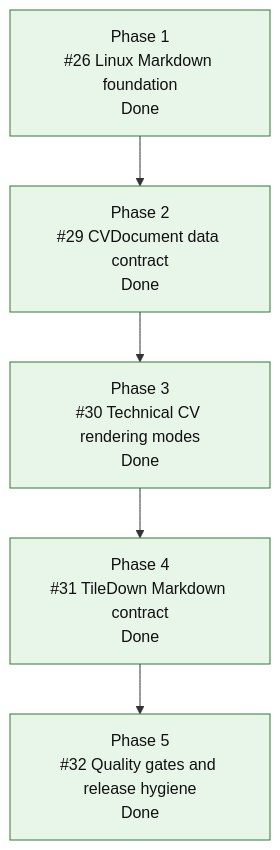
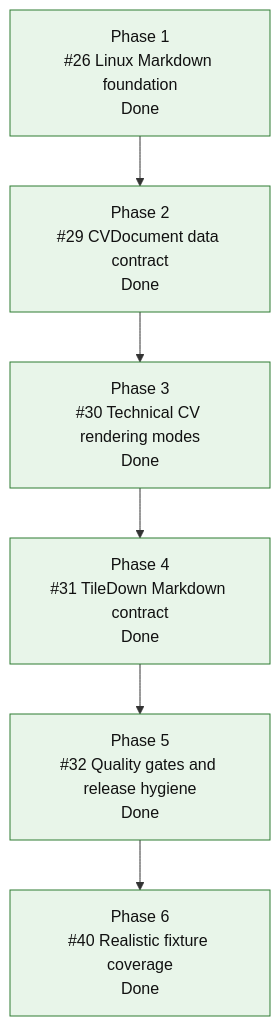
Before and after one commit to mihaelamj/cvbuilder: the diagram in README.md, drawn with Mermaid. The commit also changed other lines of this file and 16 other files, not shown here.

First line of the commit message:
Expand realistic CV fixture coverage

````diff
--- a/README.md
+++ b/README.md
@@ -150,19 +152,20 @@
 ```mermaid
 flowchart TD
     P1["Phase 1<br/>#26 Linux Markdown foundation<br/>Done"]
     P2["Phase 2<br/>#29 CVDocument data contract<br/>Done"]
     P3["Phase 3<br/>#30 Technical CV rendering modes<br/>Done"]
     P4["Phase 4<br/>#31 TileDown Markdown contract<br/>Done"]
     P5["Phase 5<br/>#32 Quality gates and release hygiene<br/>Done"]
+    P6["Phase 6<br/>#40 Realistic fixture coverage<br/>Done"]
 
-    P1 --> P2 --> P3 --> P4 --> P5
+    P1 --> P2 --> P3 --> P4 --> P5 --> P6
 
     classDef done fill:#e8f5e9,stroke:#2e7d32,color:#111;
     classDef active fill:#fff3e0,stroke:#ef6c00,color:#111;
     classDef review fill:#e8f0fe,stroke:#1a73e8,color:#111;
     classDef next fill:#fff8e1,stroke:#f9a825,color:#111;
     classDef partial fill:#e0f7fa,stroke:#00838f,color:#111;
     classDef todo fill:#eef3ff,stroke:#3367d6,color:#111;
     class P1,P2,P3,P4 done;
-    class P5 done;
+    class P5,P6 done;
 ```
````
